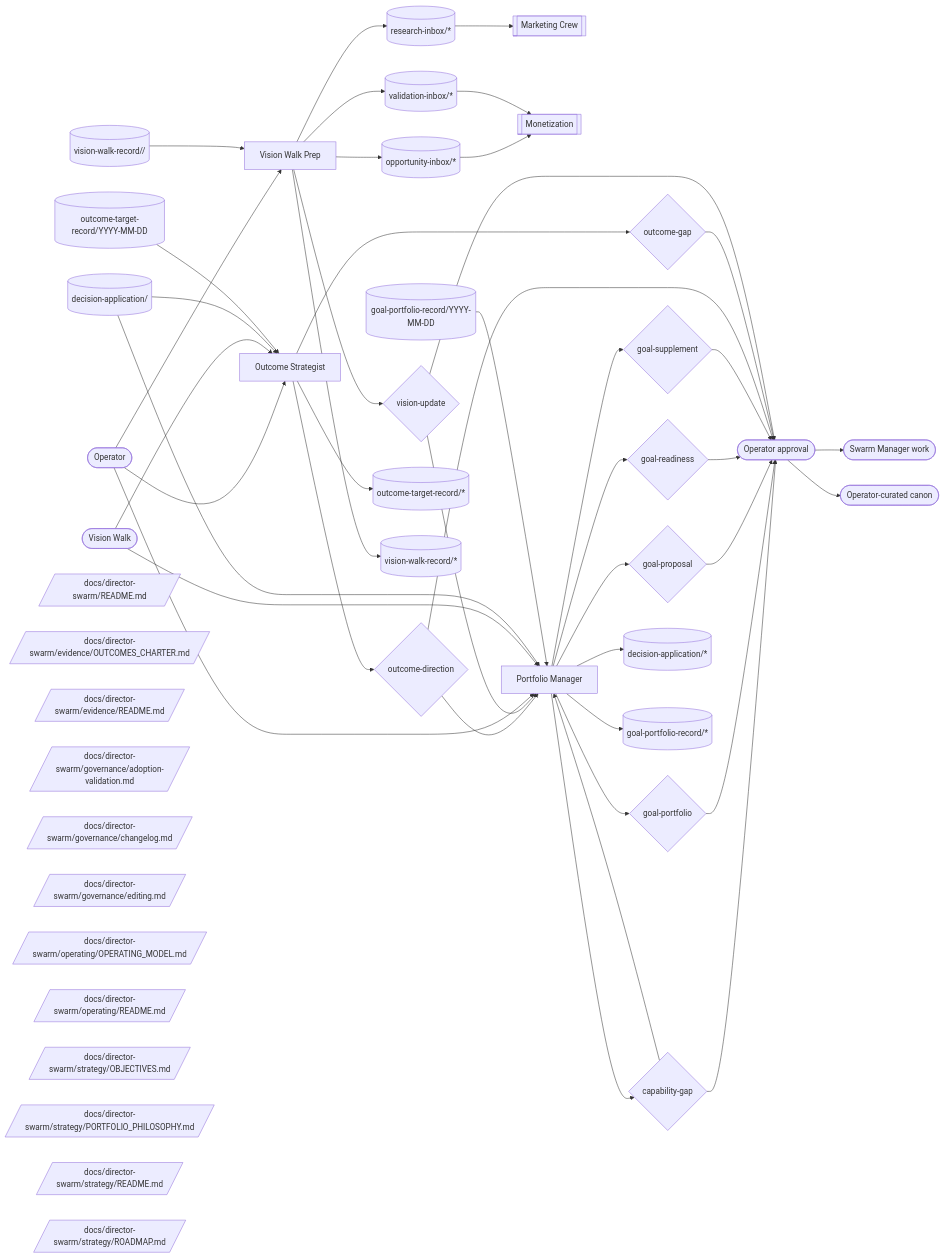
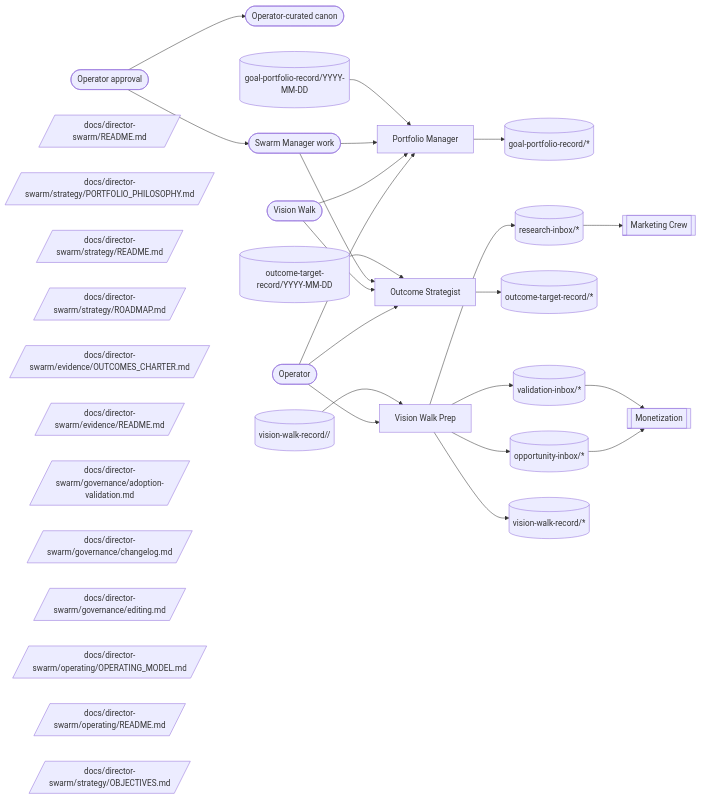
One commit to Vrooli/Vrooli changed the diagram in docs/director-swarm/operating/OPERATING_MODEL.md. Above: the diagram before and after it, drawn with Mermaid. The commit also changed other lines of this file and 540 other files, not shown here.

````diff
--- a/docs/director-swarm/operating/OPERATING_MODEL.md
+++ b/docs/director-swarm/operating/OPERATING_MODEL.md
@@ -60,57 +62,17 @@
 ```mermaid
 flowchart LR
-  %% @node APP topic:decision-application/<decision-id>
-  APP[(decision-application/<decision-id>)]
   %% @node APPROVAL process:operator-approval
   APPROVAL([Operator approval])
   %% @node CANON process:operator-curated-canon
   CANON([Operator-curated canon])
-  %% @node CG decision:capability-gap
-  CG{capability-gap}
-  %% @node GP decision:goal-portfolio
-  GP{goal-portfolio}
-  %% @node GPR decision:goal-proposal
-  GPR{goal-proposal}
-  %% @node GR decision:goal-readiness
-  GR{goal-readiness}
-  %% @node GS decision:goal-supplement
-  GS{goal-supplement}
-  %% @node MKT team:marketing-crew
-  MKT[[Marketing Crew]]
-  %% @node MON team:monetization
-  MON[[Monetization]]
-  %% @node OD decision:outcome-direction
-  OD{outcome-direction}
-  %% @node OG decision:outcome-gap
-  OG{outcome-gap}
-  %% @node OI topic:opportunity-inbox/*
-  OI[(opportunity-inbox/*)]
-  %% @node OP external:operator
-  OP([Operator])
-  %% @node OS member:outcome-strategist
-  OS[Outcome Strategist]
-  %% @node OUT topic:outcome-target-record/YYYY-MM-DD
-  OUT[(outcome-target-record/YYYY-MM-DD)]
-  %% @node PM member:portfolio-manager
-  PM[Portfolio Manager]
-  %% @node PORT topic:goal-portfolio-record/YYYY-MM-DD
-  PORT[(goal-portfolio-record/YYYY-MM-DD)]
-  %% @node RI topic:research-inbox/*
-  RI[(research-inbox/*)]
-  %% @node SMWORK external:swarm-manager-work
-  SMWORK([Swarm Manager work])
-  %% @node VI topic:validation-inbox/*
-  VI[(validation-inbox/*)]
-  %% @node VU decision:vision-update
-  VU{vision-update}
-  %% @node VW external:vision-walk
-  VW([Vision Walk])
-  %% @node VWP member:vision-walk-prep
-  VWP[Vision Walk Prep]
-  %% @node WALK topic:vision-walk-record/<date>/<slug>
-  WALK[(vision-walk-record/<date>/<slug>)]
   %% @node DOCSDIRECTOR por:docs/director-swarm/README.md
   DOCSDIRECTOR[/docs/director-swarm/README.md/]
+  %% @node DOCSDIRECTOR10 por:docs/director-swarm/strategy/PORTFOLIO_PHILOSOPHY.md
+  DOCSDIRECTOR10[/docs/director-swarm/strategy/PORTFOLIO_PHILOSOPHY.md/]
+  %% @node DOCSDIRECTOR11 por:docs/director-swarm/strategy/README.md
+  DOCSDIRECTOR11[/docs/director-swarm/strategy/README.md/]
+  %% @node DOCSDIRECTOR12 por:docs/director-swarm/strategy/ROADMAP.md
+  DOCSDIRECTOR12[/docs/director-swarm/strategy/ROADMAP.md/]
   %% @node DOCSDIRECTOR2 por:docs/director-swarm/evidence/OUTCOMES_CHARTER.md
   DOCSDIRECTOR2[/docs/director-swarm/evidence/OUTCOMES_CHARTER.md/]
   %% @node DOCSDIRECTOR3 por:docs/director-swarm/evidence/README.md
@@ -127,56 +89,56 @@
   DOCSDIRECTOR8[/docs/director-swarm/operating/README.md/]
   %% @node DOCSDIRECTOR9 por:docs/director-swarm/strategy/OBJECTIVES.md
   DOCSDIRECTOR9[/docs/director-swarm/strategy/OBJECTIVES.md/]
-  %% @node DOCSDIRECTOR10 por:docs/director-swarm/strategy/PORTFOLIO_PHILOSOPHY.md
-  DOCSDIRECTOR10[/docs/director-swarm/strategy/PORTFOLIO_PHILOSOPHY.md/]
-  %% @node DOCSDIRECTOR11 por:docs/director-swarm/strategy/README.md
-  DOCSDIRECTOR11[/docs/director-swarm/strategy/README.md/]
-  %% @node DOCSDIRECTOR12 por:docs/director-swarm/strategy/ROADMAP.md
-  DOCSDIRECTOR12[/docs/director-swarm/strategy/ROADMAP.md/]
-  %% @node DECISIONAPPL topic:decision-application/*
-  DECISIONAPPL[(decision-application/*)]
   %% @node GOALPORTFOLI topic:goal-portfolio-record/*
   GOALPORTFOLI[(goal-portfolio-record/*)]
+  %% @node MKT team:marketing-crew
+  MKT[[Marketing Crew]]
+  %% @node MON team:monetization
+  MON[[Monetization]]
+  %% @node OI topic:opportunity-inbox/*
+  OI[(opportunity-inbox/*)]
+  %% @node OP external:operator
+  OP([Operator])
+  %% @node OS member:outcome-strategist
+  OS[Outcome Strategist]
+  %% @node OUT topic:outcome-target-record/YYYY-MM-DD
+  OUT[(outcome-target-record/YYYY-MM-DD)]
   %% @node OUTCOMETARGE topic:outcome-target-record/*
   OUTCOMETARGE[(outcome-target-record/*)]
+  %% @node PM member:portfolio-manager
+  PM[Portfolio Manager]
+  %% @node PORT topic:goal-portfolio-record/YYYY-MM-DD
+  PORT[(goal-portfolio-record/YYYY-MM-DD)]
+  %% @node RI topic:research-inbox/*
+  RI[(research-inbox/*)]
+  %% @node SMWORK external:swarm-manager-work
+  SMWORK([Swarm Manager work])
+  %% @node VI topic:validation-inbox/*
+  VI[(validation-inbox/*)]
   %% @node VISIONWALKRE topic:vision-walk-record/*
   VISIONWALKRE[(vision-walk-record/*)]
+  %% @node VW external:vision-walk
+  VW([Vision Walk])
+  %% @node VWP member:vision-walk-prep
+  VWP[Vision Walk Prep]
+  %% @node WALK topic:vision-walk-record/<date>/<slug>
+  WALK[(vision-walk-record/<date>/<slug>)]
 
-  CG --> PM
-  CG --> APPROVAL
-  GP --> APPROVAL
-  GPR --> APPROVAL
-  GR --> APPROVAL
-  GS --> APPROVAL
-  OD --> PM
-  OD --> APPROVAL
-  OG --> APPROVAL
-  VU --> PM
-  VU --> APPROVAL
   OP --> OS
   OP --> PM
   OP --> VWP
   VW --> OS
   VW --> PM
-  OS --> OD
-  OS --> OG
   OS --> OUTCOMETARGE
-  PM --> CG
-  PM --> GP
-  PM --> GPR
-  PM --> GR
-  PM --> GS
-  PM --> DECISIONAPPL
   PM --> GOALPORTFOLI
-  VWP --> VU
   VWP --> OI
   VWP --> RI
   VWP --> VI
   VWP --> VISIONWALKRE
   APPROVAL --> SMWORK
+  SMWORK --> PM
+  SMWORK --> OS
   APPROVAL --> CANON
-  APP --> OS
-  APP --> PM
   PORT --> PM
   OI --> MON
   OUT --> OS
````
